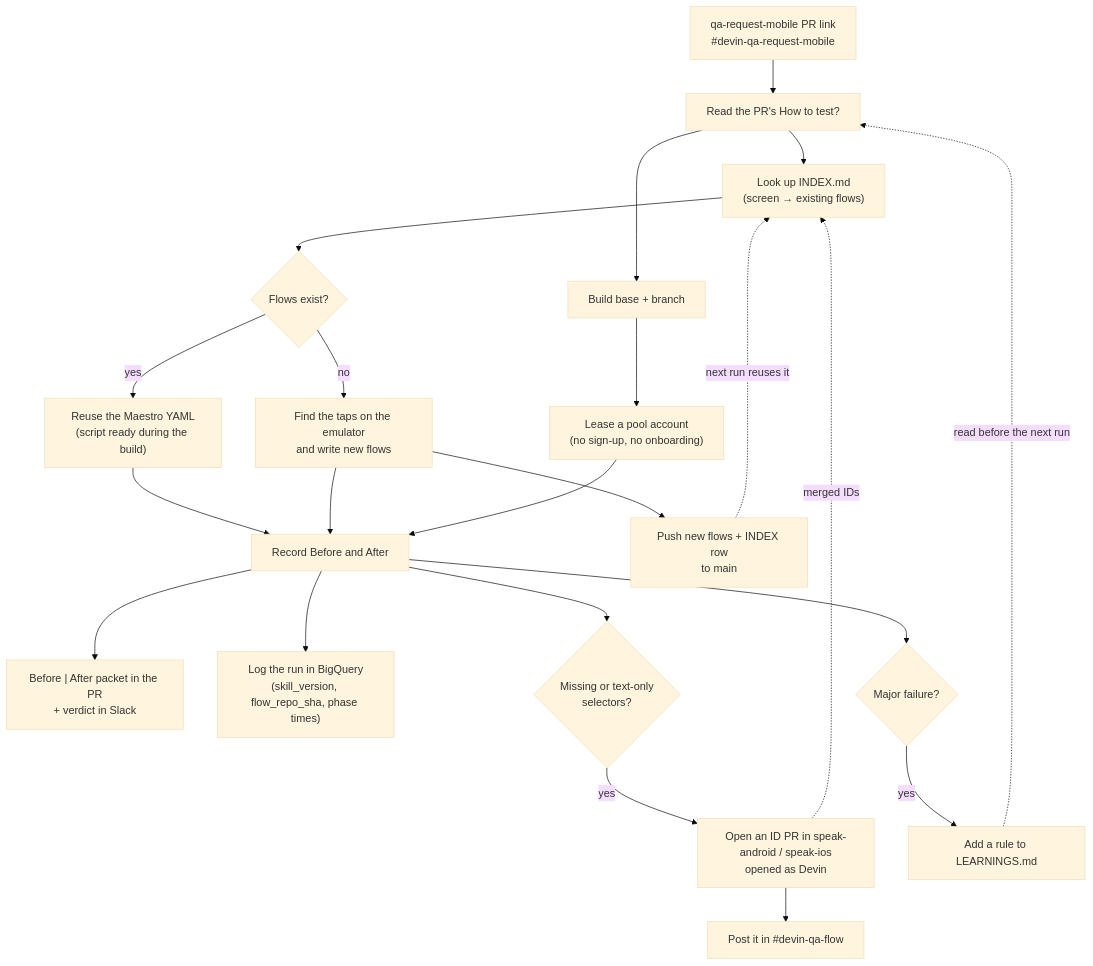
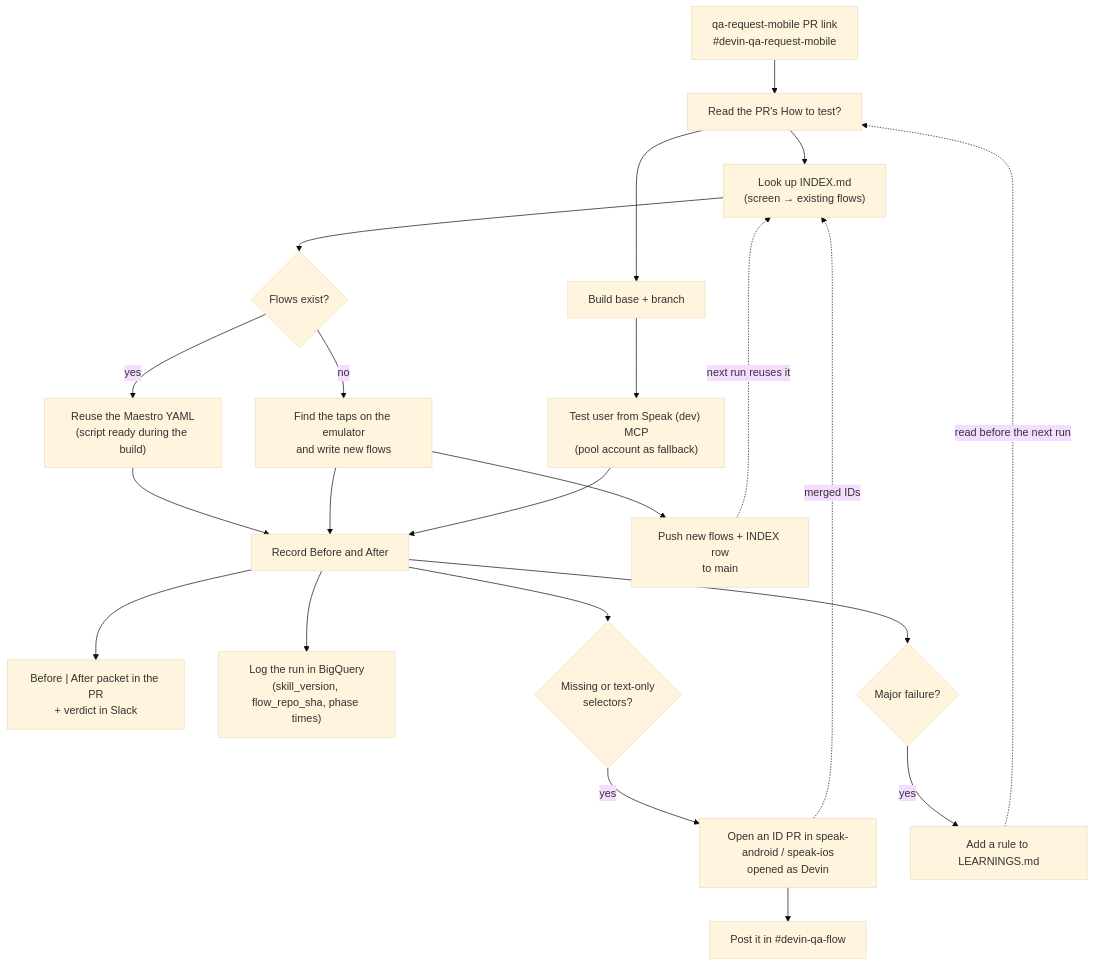
Before and after one commit to usespeakeasy/devin-qa-flow: the diagram in README.md, drawn with Mermaid (base theme). The commit also changed other lines of this file and 6 other files, not shown here.

First line of the commit message:
CLNT-2051: Docs for test users first and post-#9009 Android sign-in (#28)

````diff
--- a/README.md
+++ b/README.md
@@ -25,24 +25,24 @@
 ```mermaid
 flowchart TD
     A["qa-request-mobile PR link<br/>#devin-qa-request-mobile"] --> B["Read the PR's How to test?"]
     B --> C["Look up INDEX.md<br/>(screen → existing flows)"]
     C --> D{"Flows exist?"}
     D -- yes --> E["Reuse the Maestro YAML<br/>(script ready during the build)"]
     D -- no --> F["Find the taps on the emulator<br/>and write new flows"]
     B --> G["Build base + branch"]
-    G --> H["Lease a pool account<br/>(no sign-up, no onboarding)"]
+    G --> H["Test user from Speak (dev) MCP<br/>(pool account as fallback)"]
     E --> I["Record Before and After"]
     F --> I
     H --> I
     I --> J["Before | After packet in the PR<br/>+ verdict in Slack"]
     I --> K["Log the run in BigQuery<br/>(skill_version, flow_repo_sha, phase times)"]
     F --> L["Push new flows + INDEX row<br/>to main"]
     I --> M{"Missing or text-only<br/>selectors?"}
     M -- yes --> N["Open an ID PR in speak-android / speak-ios<br/>opened as Devin"]
     N --> O["Post it in #devin-qa-flow"]
     N -. "merged IDs" .-> C
     I --> P{"Major failure?"}
     P -- yes --> Q["Add a rule to LEARNINGS.md"]
     Q -. "read before the next run" .-> B
     L -. "next run reuses it" .-> C
 ```
````
